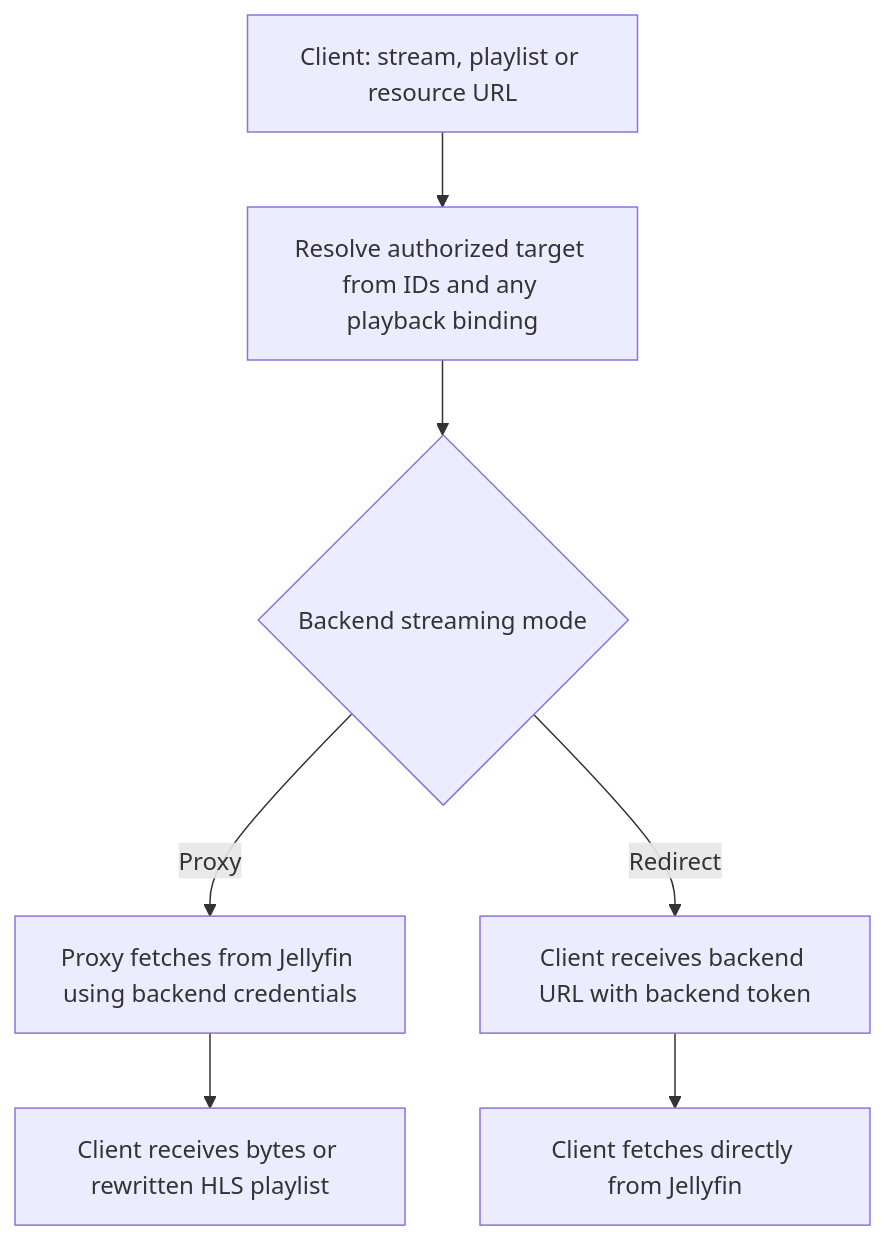
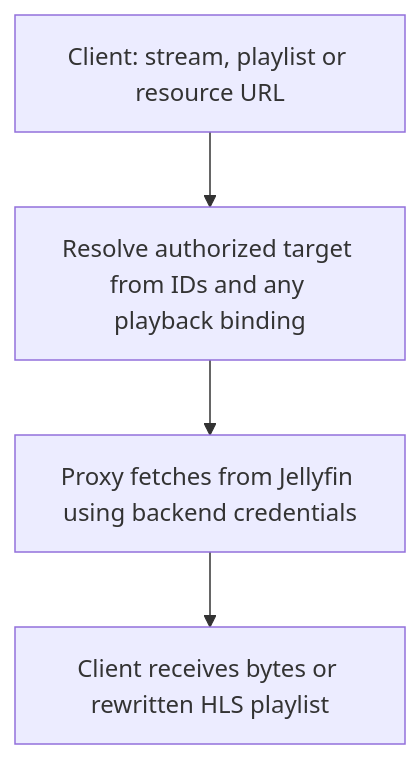
The sixth of 7 diagrams in crates/jellyswarrm-proxy/DATA_FLOW.md (kibit86/jellyproxy-ng), drawn with Mermaid before and after one commit. The commit also changed other lines of this file and 63 other files, not shown here.

````diff
--- a/crates/jellyswarrm-proxy/DATA_FLOW.md
+++ b/crates/jellyswarrm-proxy/DATA_FLOW.md
@@ -192,9 +192,6 @@
 ```mermaid
 flowchart TD
     Request[Client: stream, playlist or resource URL] --> Resolve[Resolve authorized target from IDs and any playback binding]
-    Resolve --> Mode{Backend streaming mode}
-    Mode -->|Proxy| Fetch[Proxy fetches from Jellyfin using backend credentials]
+    Resolve --> Fetch[Proxy fetches from Jellyfin using backend credentials]
     Fetch --> Stream[Client receives bytes or rewritten HLS playlist]
-    Mode -->|Redirect| Redirect[Client receives backend URL with backend token]
-    Redirect --> Direct[Client fetches directly from Jellyfin]
 ```
````
